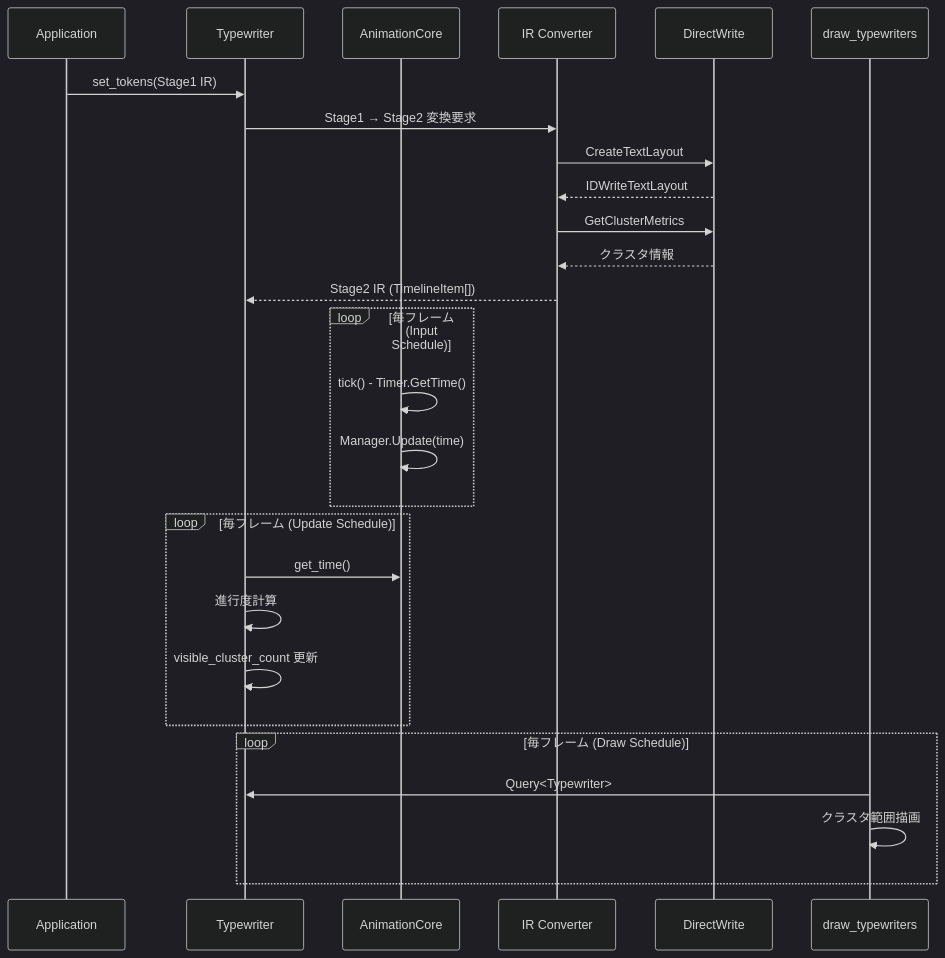
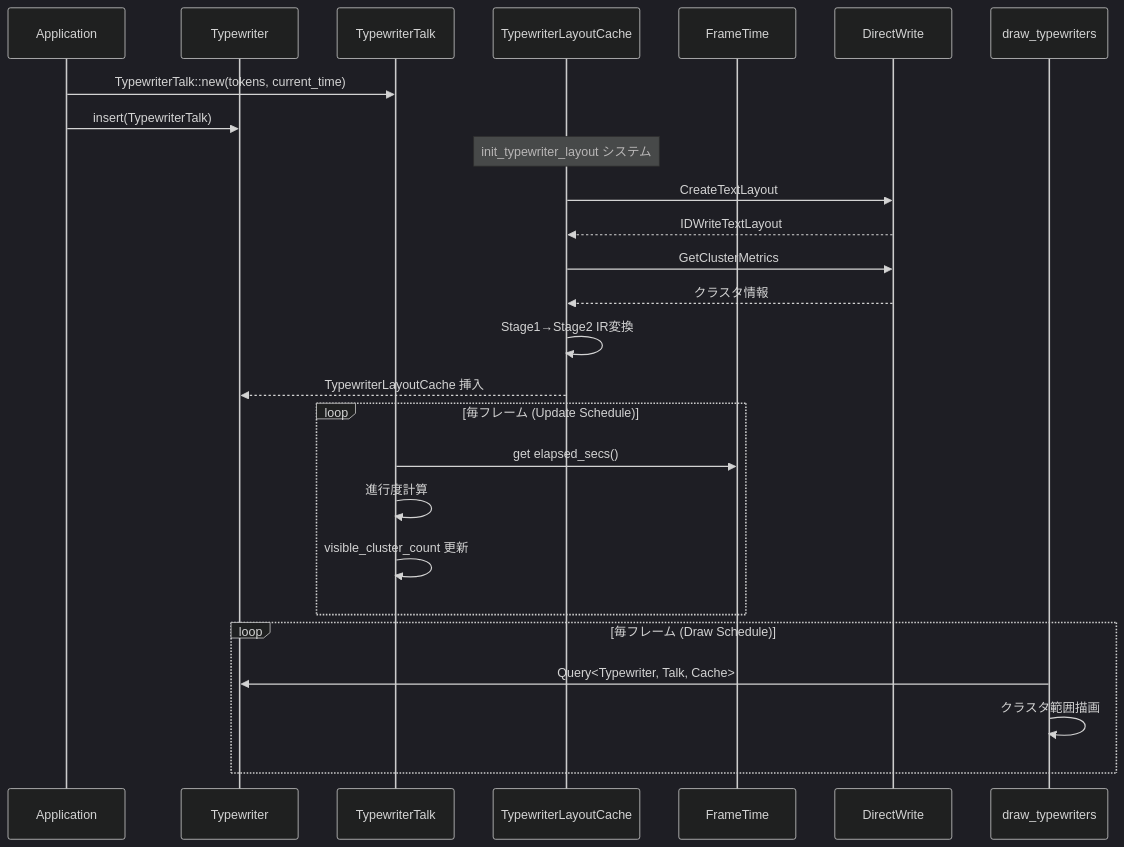
Before and after one commit to ekicyou/dcomp_sample-rs: the second of 5 diagrams in .kiro/specs/wintf-P0-typewriter/design.md, drawn with Mermaid (dark theme). The commit also changed other lines of this file and 2 other files, not shown here.

First line of the commit message:
docs(specs): update typewriter spec to final implementation

````diff
--- a/.kiro/specs/wintf-P0-typewriter/design.md
+++ b/.kiro/specs/wintf-P0-typewriter/design.md
@@ -107,33 +121,32 @@
 ```mermaid
 sequenceDiagram
     participant App as Application
     participant TW as Typewriter
-    participant AC as AnimationCore
-    participant IR as IR Converter
+    participant Talk as TypewriterTalk
+    participant Cache as TypewriterLayoutCache
+    participant FT as FrameTime
     participant DW as DirectWrite
     participant Draw as draw_typewriters
 
-    App->>TW: set_tokens(Stage1 IR)
-    TW->>IR: Stage1 → Stage2 変換要求
-    IR->>DW: CreateTextLayout
-    DW-->>IR: IDWriteTextLayout
-    IR->>DW: GetClusterMetrics
-    DW-->>IR: クラスタ情報
-    IR-->>TW: Stage2 IR (TimelineItem[])
-
-    loop 毎フレーム (Input Schedule)
-        AC->>AC: tick() - Timer.GetTime()
-        AC->>AC: Manager.Update(time)
-    end
+    App->>Talk: TypewriterTalk::new(tokens, current_time)
+    App->>TW: insert(TypewriterTalk)
+    
+    Note over Cache: init_typewriter_layout システム
+    Cache->>DW: CreateTextLayout
+    DW-->>Cache: IDWriteTextLayout
+    Cache->>DW: GetClusterMetrics
+    DW-->>Cache: クラスタ情報
+    Cache->>Cache: Stage1→Stage2 IR変換
+    Cache-->>TW: TypewriterLayoutCache 挿入
 
     loop 毎フレーム (Update Schedule)
-        TW->>AC: get_time()
-        TW->>TW: 進行度計算
-        TW->>TW: visible_cluster_count 更新
+        Talk->>FT: get elapsed_secs()
+        Talk->>Talk: 進行度計算
+        Talk->>Talk: visible_cluster_count 更新
     end
 
     loop 毎フレーム (Draw Schedule)
-        Draw->>TW: Query<Typewriter>
+        Draw->>TW: Query<Typewriter, Talk, Cache>
         Draw->>Draw: クラスタ範囲描画
     end
 ```
````
